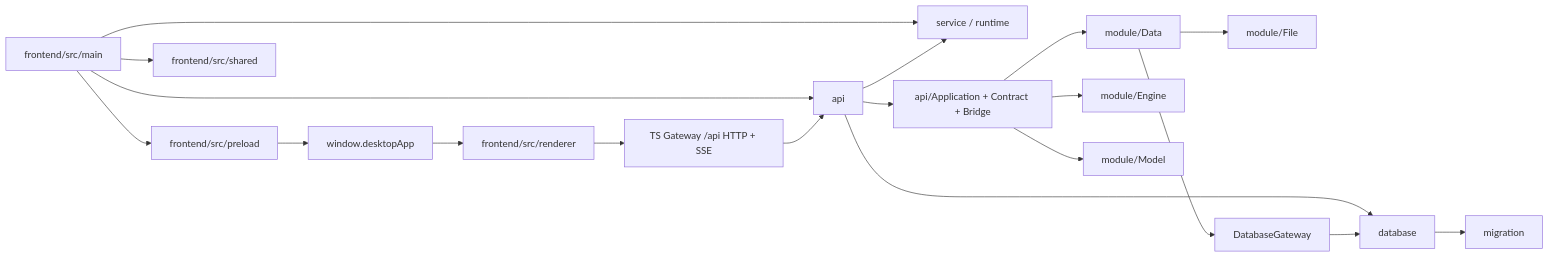
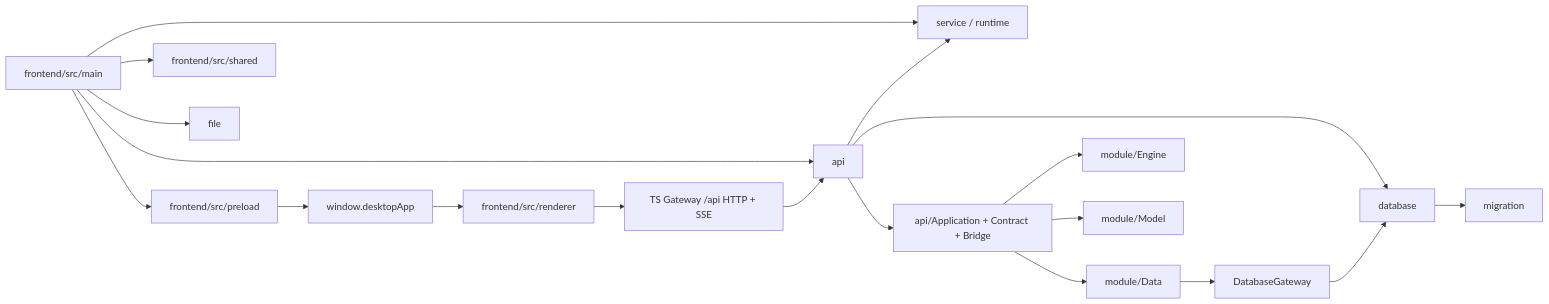
Before and after one commit to neavo/LinguaGacha: the first of 3 diagrams in docs/ARCHITECTURE.md, drawn with Mermaid. The commit also changed other lines of this file and 60 other files, not shown here.

````diff
--- a/docs/ARCHITECTURE.md
+++ b/docs/ARCHITECTURE.md
@@ -8,21 +8,21 @@
 ```mermaid
 flowchart LR
     A["frontend/src/main"] --> O["api"]
     A --> P["service / runtime"]
     O --> P
     O --> M["database"]
     O --> G["api/Application + Contract + Bridge"]
     M --> N["migration"]
     A --> B["frontend/src/preload"]
     A --> C["frontend/src/shared"]
     B --> D["window.desktopApp"]
     D --> E["frontend/src/renderer"]
     E --> F["TS Gateway /api HTTP + SSE"]
     F --> O
     G --> H["module/Data"]
     G --> I["module/Engine"]
-    H --> J["module/File"]
     G --> K["module/Model"]
     H --> L["DatabaseGateway"]
     L --> M
+    A --> J["file"]
 ```
````
